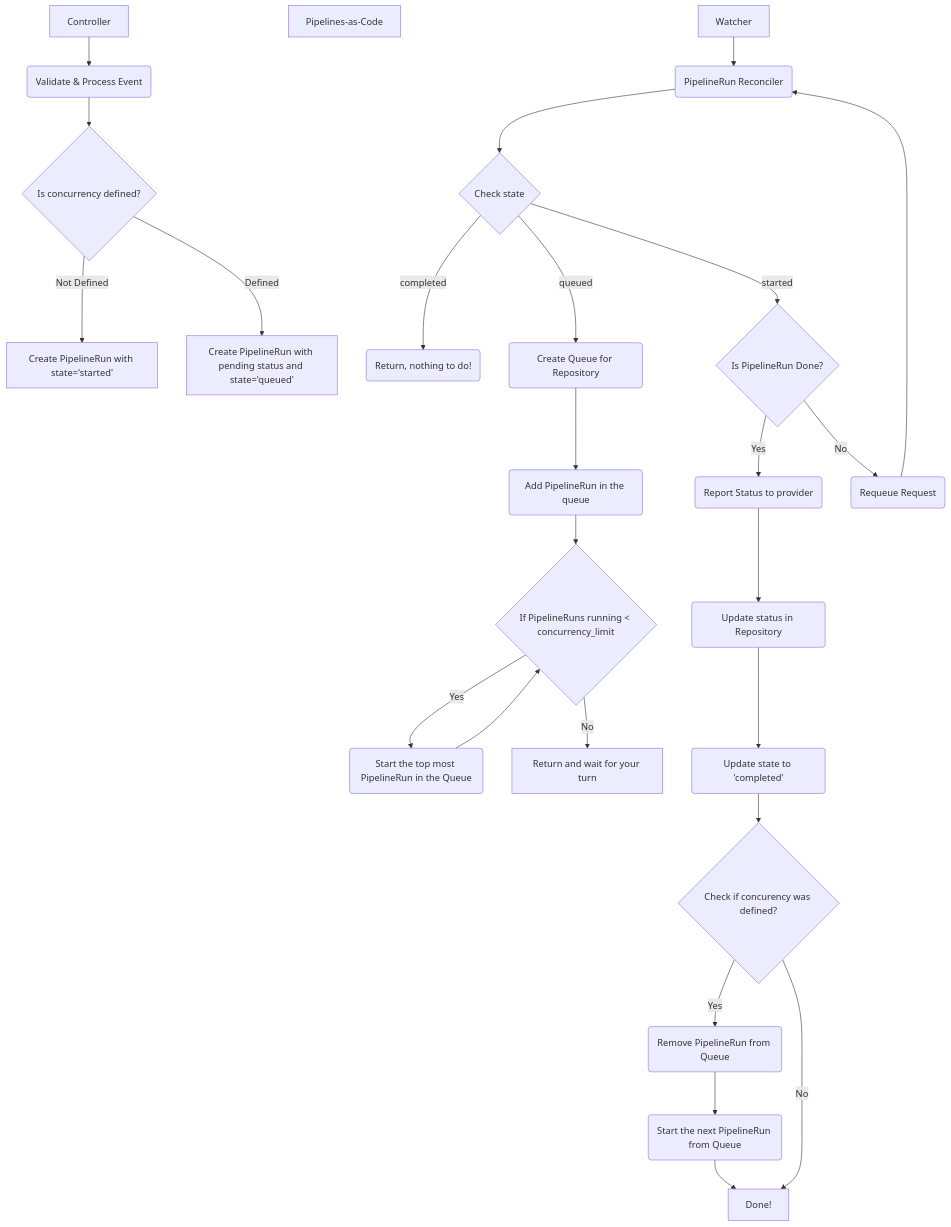
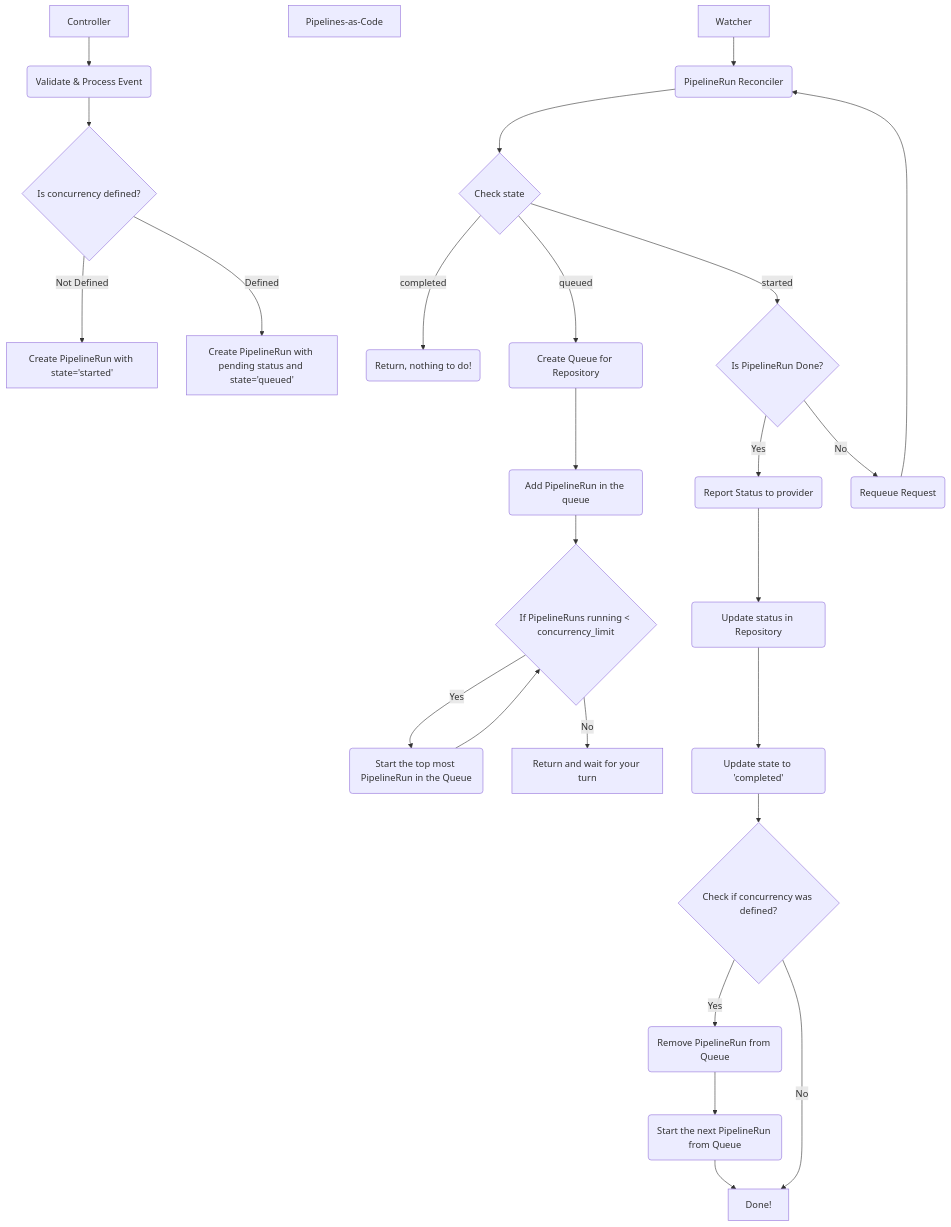
Before and after one commit to openshift-pipelines/pipelines-as-code: the diagram in docs/content/docs/flows/concurrency.md, drawn with Mermaid. The commit also changed 40 other files, not shown here.

```diff
--- a/docs/content/docs/flows/concurrency.md
+++ b/docs/content/docs/flows/concurrency.md
@@ -7,32 +7,32 @@
 {{< mermaid >}}
 
 graph TD
     A1[Controller] --> B1(Validate & Process Event)
     B1 --> C1{Is concurrency defined?}
     C1 -->|Not Defined| D1[Create PipelineRun with state='started']
     C1 -->|Defined| E1[Create PipelineRun with pending status and state='queued']
 
     Z[Pipelines-as-Code]
 
     A[Watcher] --> B(PipelineRun Reconciler)
     B --> C{Check state}
     C --> |completed| F(Return, nothing to do!) 
     C --> |queued| D(Create Queue for Repository) 
     C --> |started| E{Is PipelineRun Done?} 
     D --> O(Add PipelineRun in the queue)
     O --> P{If PipelineRuns running < concurrency_limit}
     P --> |Yes| Q(Start the top most PipelineRun in the Queue)
     Q --> P
     P --> |No| R[Return and wait for your turn]
     E --> |Yes| G(Report Status to provider) 
     E --> |No| H(Requeue Request)
     H --> B
     G --> I(Update status in Repository)
     I --> J(Update state to 'completed')
-    J --> K{Check if concurency was defined?}
+    J --> K{Check if concurrency was defined?}
     K --> |Yes| L(Remove PipelineRun from Queue)
     L --> M(Start the next PipelineRun from Queue)
     M --> N[Done!]
     K --> |No| N
 
 {{< /mermaid >}}
```
